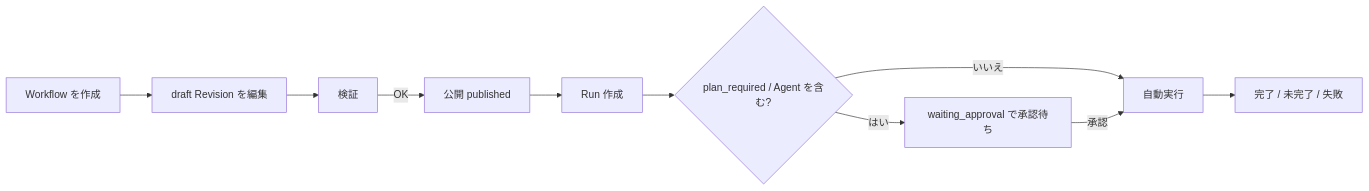
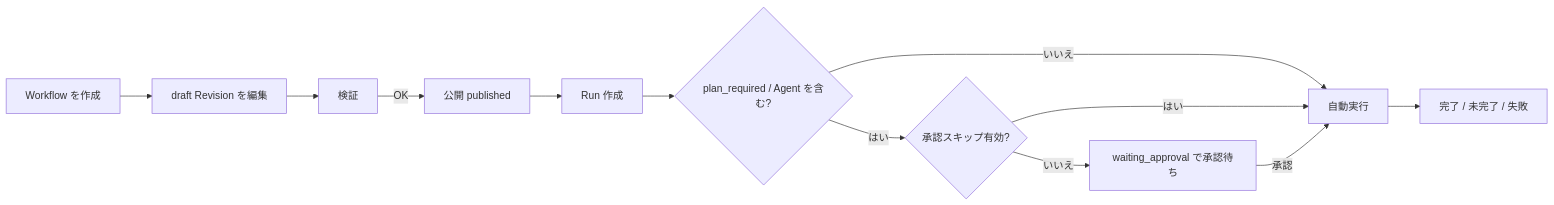
One commit to shipwebdotjp/obsidian-ai-hub changed the diagram in user-guide/docs/workflow/index.md. Above: the diagram before and after it, drawn with Mermaid. The commit also changed other lines of this file and 17 other files, not shown here.

````diff
--- a/user-guide/docs/workflow/index.md
+++ b/user-guide/docs/workflow/index.md
@@ -38,12 +38,14 @@
 ```mermaid
 flowchart LR
     A[Workflow を作成] --> B[draft Revision を編集]
     B --> C[検証]
     C -->|OK| D[公開 published]
     D --> E[Run 作成]
     E --> F{plan_required / Agent を含む?}
-    F -->|はい| G[waiting_approval で承認待ち]
+    F -->|はい| F2{承認スキップ有効?}
     F -->|いいえ| H[自動実行]
+    F2 -->|いいえ| G[waiting_approval で承認待ち]
+    F2 -->|はい| H
     G -->|承認| H
     H --> I[完了 / 未完了 / 失敗]
 ```
````
